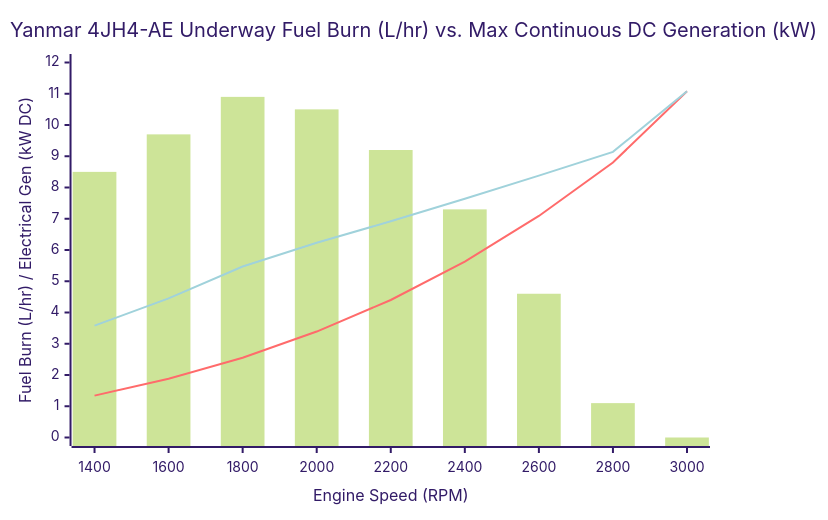
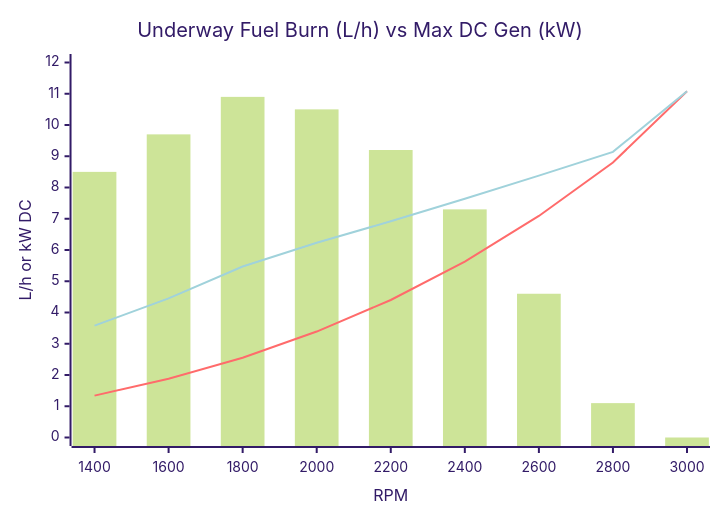
Before and after one commit to boats-boats-boats/flux-shaft: the second of 3 diagrams in parallel-hybrid-propulsion-regen-guide.md, drawn with Mermaid (forest theme). The commit also changed other lines of this file and 1 other file, not shown here.

Commit message:
Shorten Mermaid chart titles and axis labels to prevent clipping

````diff
--- a/parallel-hybrid-propulsion-regen-guide.md
+++ b/parallel-hybrid-propulsion-regen-guide.md
@@ -194,9 +194,9 @@
 ```mermaid
 xychart-beta
-    title "Yanmar 4JH4-AE Underway Fuel Burn (L/hr) vs. Max Continuous DC Generation (kW)"
-    x-axis "Engine Speed (RPM)" [1400, 1600, 1800, 2000, 2200, 2400, 2600, 2800, 3000]
-    y-axis "Fuel Burn (L/hr) / Electrical Gen (kW DC)" 0 --> 12
+    title "Underway Fuel Burn (L/h) vs Max DC Gen (kW)"
+    x-axis "RPM" [1400, 1600, 1800, 2000, 2200, 2400, 2600, 2800, 3000]
+    y-axis "L/h or kW DC" 0 --> 12
     bar [8.5, 9.7, 10.9, 10.5, 9.2, 7.3, 4.6, 1.1, 0.0]
     line [1.34, 1.88, 2.55, 3.39, 4.40, 5.63, 7.09, 8.80, 11.08]
     line [3.58, 4.45, 5.47, 6.23, 6.92, 7.64, 8.38, 9.14, 11.08]
 ```
````
